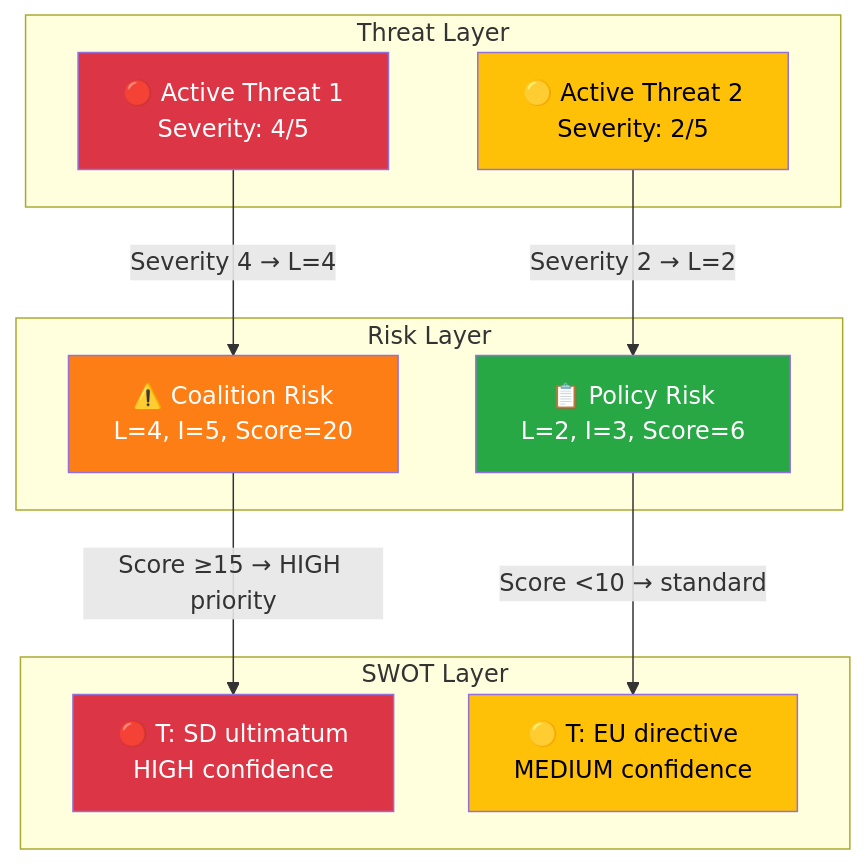
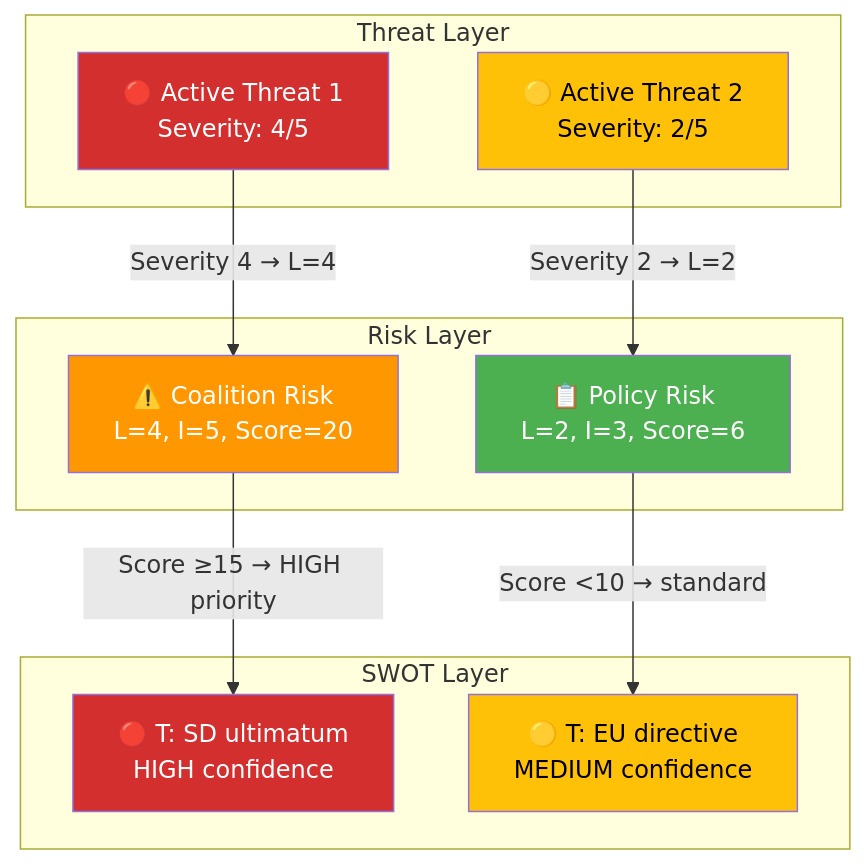
Before and after one commit to Hack23/riksdagsmonitor: diagram 11 of 11 in analysis/methodologies/political-threat-framework.md, drawn with Mermaid. The commit also changed other lines of this file and 14 other files, not shown here.

First line of the commit message:
Align analysis/ mermaid diagrams with ISMS Style Guide palette and convert SWOT to quadrantChart

````diff
--- a/analysis/methodologies/political-threat-framework.md
+++ b/analysis/methodologies/political-threat-framework.md
@@ -948,29 +948,29 @@
 ```mermaid
 graph TD
     subgraph "Threat Layer"
         T1["🔴 Active Threat 1<br/>Severity: 4/5"]
         T2["🟡 Active Threat 2<br/>Severity: 2/5"]
     end
 
     subgraph "Risk Layer"
         R1["⚠️ Coalition Risk<br/>L=4, I=5, Score=20"]
         R2["📋 Policy Risk<br/>L=2, I=3, Score=6"]
     end
 
     subgraph "SWOT Layer"
         SW1["🔴 T: SD ultimatum<br/>HIGH confidence"]
         SW2["🟡 T: EU directive<br/>MEDIUM confidence"]
     end
 
     T1 -->|"Severity 4 → L=4"| R1
     T2 -->|"Severity 2 → L=2"| R2
     R1 -->|"Score ≥15 → HIGH priority"| SW1
     R2 -->|"Score <10 → standard"| SW2
 
-    style T1 fill:#dc3545,color:#fff
-    style T2 fill:#ffc107,color:#000
-    style R1 fill:#fd7e14,color:#fff
-    style R2 fill:#28a745,color:#fff
-    style SW1 fill:#dc3545,color:#fff
-    style SW2 fill:#ffc107,color:#000
+    style T1 fill:#D32F2F,color:#FFFFFF
+    style T2 fill:#FFC107,color:#000000
+    style R1 fill:#FF9800,color:#FFFFFF
+    style R2 fill:#4CAF50,color:#FFFFFF
+    style SW1 fill:#D32F2F,color:#FFFFFF
+    style SW2 fill:#FFC107,color:#000000
 ```
````
